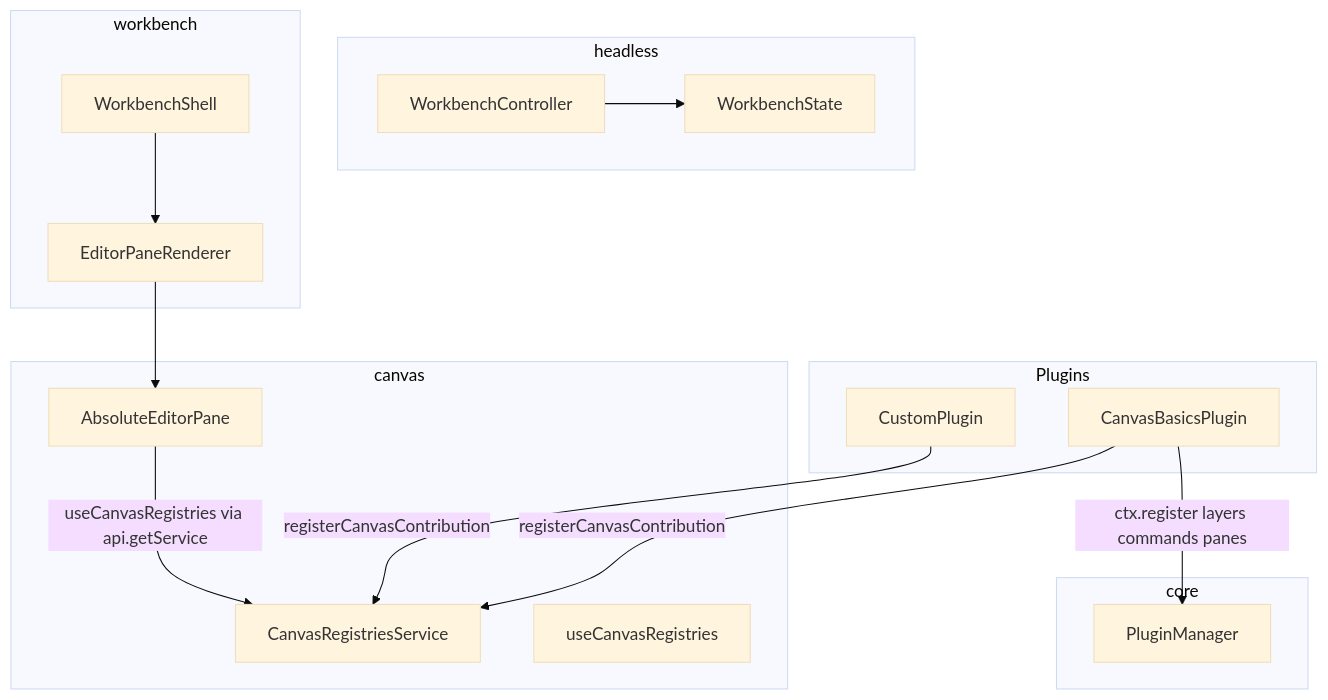
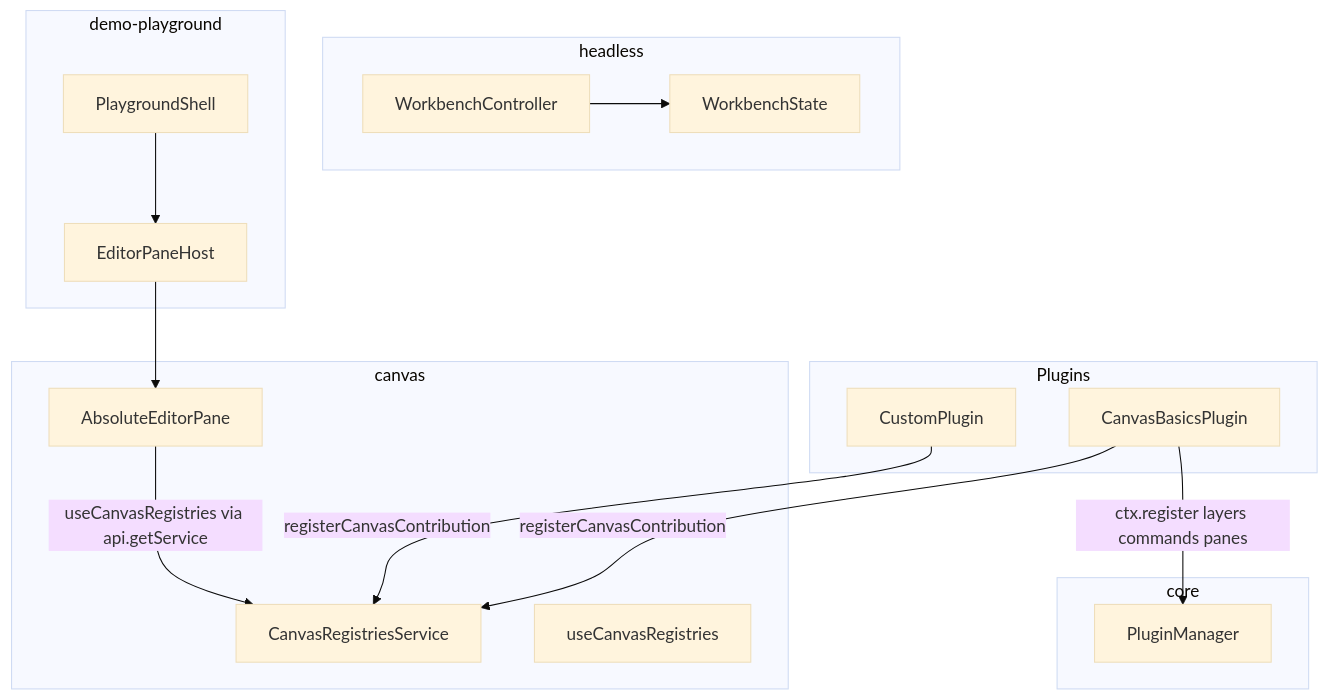
The first of 2 diagrams in Architecture.md (openenvx/editor), drawn with Mermaid (base theme) before and after one commit. The commit also changed other lines of this file and 43 other files, not shown here.

````diff
--- a/Architecture.md
+++ b/Architecture.md
@@ -72,30 +60,30 @@
 ```mermaid
 flowchart TB
   subgraph plugins [Plugins]
     CanvasBasics[CanvasBasicsPlugin]
     Custom[CustomPlugin]
   end
   subgraph canvasPkg [canvas]
     Registries[CanvasRegistriesService]
     Hooks[useCanvasRegistries]
     EditorPanes[AbsoluteEditorPane]
   end
   subgraph coreHost [core]
     PluginHost[PluginManager]
   end
   subgraph headlessPkg [headless]
     Controller[WorkbenchController]
     State[WorkbenchState]
   end
-  subgraph shell [workbench]
-    Shell[WorkbenchShell]
-    PaneResolver[EditorPaneRenderer]
+  subgraph app [demo-playground]
+    Shell[PlaygroundShell]
+    PaneHost[EditorPaneHost]
   end
   CanvasBasics -->|ctx.register layers commands panes| PluginHost
   CanvasBasics -->|registerCanvasContribution| Registries
   Custom -->|registerCanvasContribution| Registries
   Controller --> State
   EditorPanes -->|useCanvasRegistries via api.getService| Registries
-  Shell --> PaneResolver
-  PaneResolver --> EditorPanes
+  Shell --> PaneHost
+  PaneHost --> EditorPanes
 ```
````
